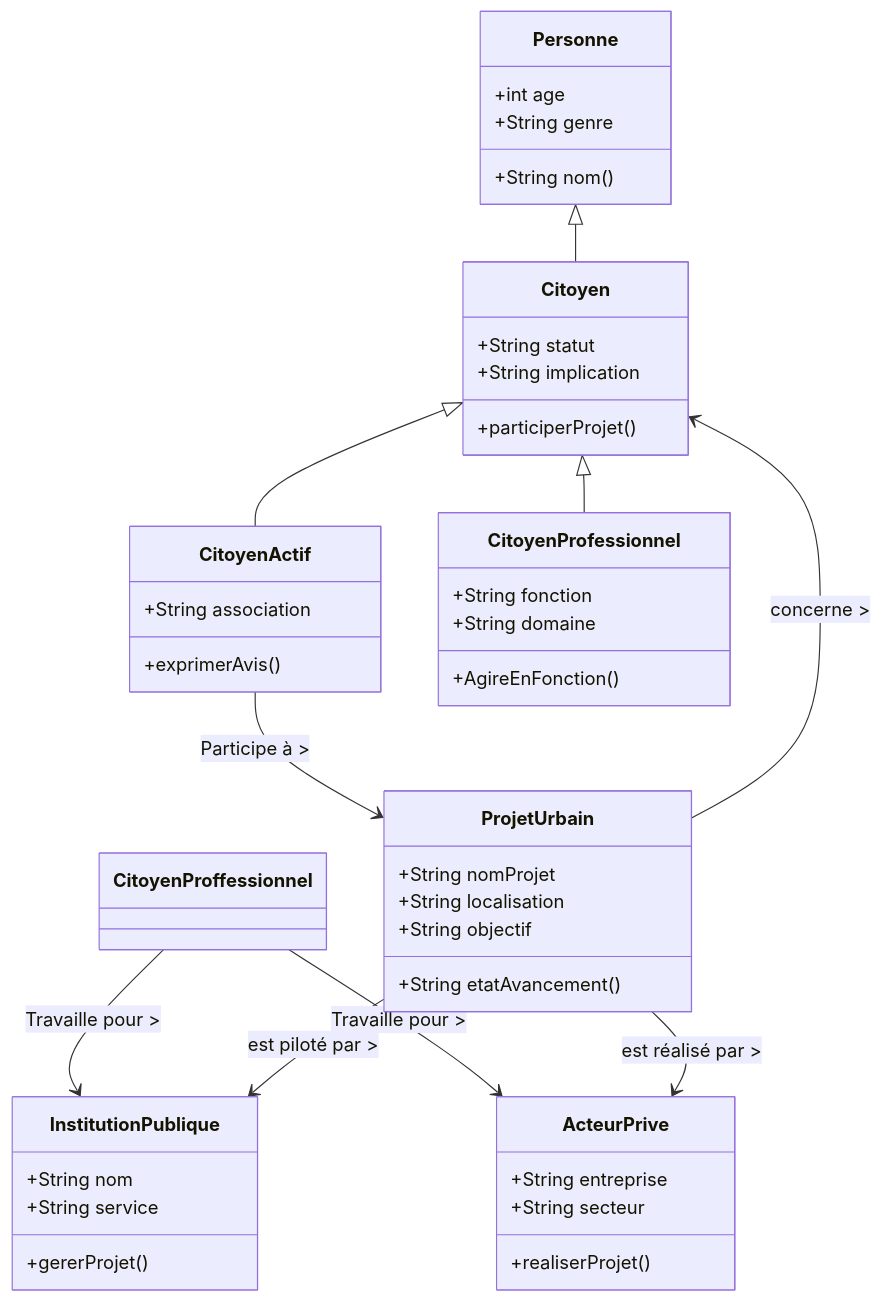
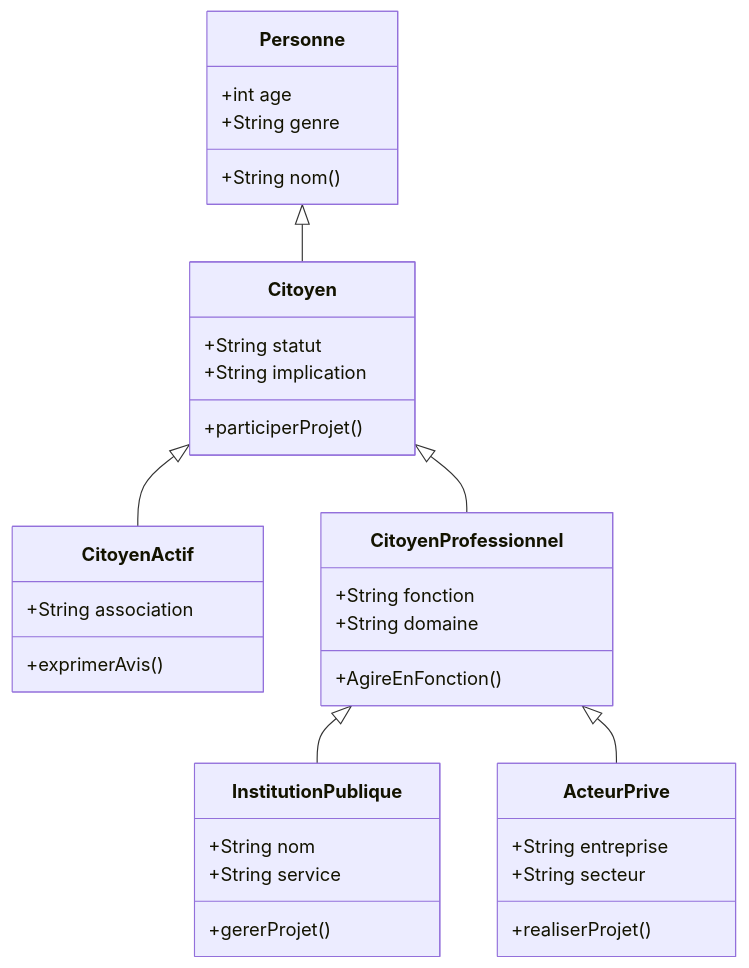
The diagram in acteurskahiarchi.md (kahiarchi/plaine---saint--Denis---batiment-), drawn with Mermaid before and after one commit.

````diff
--- a/acteurskahiarchi.md
+++ b/acteurskahiarchi.md
@@ -1,48 +1,40 @@
 ```mermaid
 classDiagram
     Personne <|-- Citoyen
     Citoyen <|-- CitoyenActif
     Citoyen <|-- CitoyenProfessionnel
-    CitoyenActif --> ProjetUrbain : Participe à >
-    CitoyenProffessionnel --> InstitutionPublique : Travaille pour >
-    CitoyenProffessionnel --> ActeurPrive : Travaille pour >
-    ProjetUrbain --> InstitutionPublique : est piloté par >
-    ProjetUrbain --> ActeurPrive : est réalisé par >
-    ProjetUrbain --> Citoyen : concerne >
+
+    CitoyenProfessionnel <|-- InstitutionPublique
+    CitoyenProfessionnel <|-- ActeurPrive
 
   class Personne {
      +int age
      +String genre
      +String nom ()
     }
   class Citoyen {
      +String statut 
      +String implication
      +participerProjet()
     }
   class CitoyenActif{
           +String association
           +exprimerAvis()
           }
     class CitoyenProfessionnel{
       +String fonction
       +String domaine
       +AgireEnFonction()
      }
    class InstitutionPublique{
       +String nom
       +String service
       +gererProjet()
      }
    class ActeurPrive{
       +String entreprise
       +String secteur
       +realiserProjet()
      }
-  class ProjetUrbain{
-      +String nomProjet
-      +String localisation
-      +String objectif
-      +String etatAvancement()
-     }
+  
 ```
````
